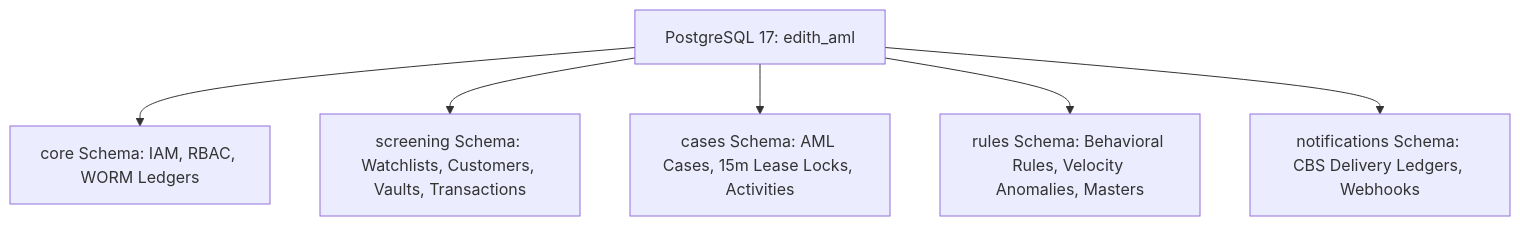
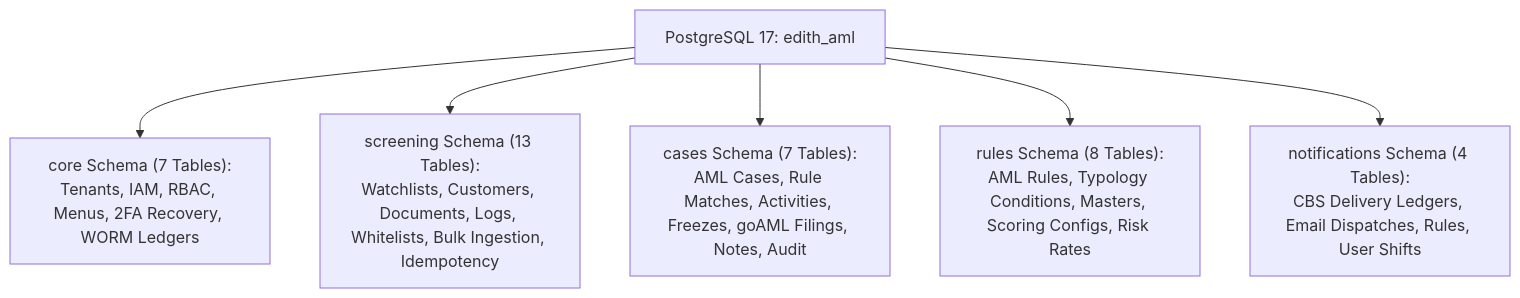
Before and after one commit to ju5tin8924/EDITH: the first of 3 diagrams in MD_DOC/03_Technical_Architecture_and_Database/database_v10.0.md, drawn with Mermaid. The commit also changed other lines of this file and 10 other files, not shown here.

````diff
--- a/MD_DOC/03_Technical_Architecture_and_Database/database_v10.0.md
+++ b/MD_DOC/03_Technical_Architecture_and_Database/database_v10.0.md
@@ -15,8 +15,8 @@
 ```mermaid
 flowchart TD
-    DB[PostgreSQL 17: edith_aml] --> Core[core Schema: IAM, RBAC, WORM Ledgers]
-    DB --> Screening[screening Schema: Watchlists, Customers, Vaults, Transactions]
-    DB --> Cases[cases Schema: AML Cases, 15m Lease Locks, Activities]
-    DB --> Rules[rules Schema: Behavioral Rules, Velocity Anomalies, Masters]
-    DB --> Notif[notifications Schema: CBS Delivery Ledgers, Webhooks]
+    DB[PostgreSQL 17: edith_aml] --> Core["core Schema (7 Tables):\nTenants, IAM, RBAC, Menus, 2FA Recovery, WORM Ledgers"]
+    DB --> Screening["screening Schema (13 Tables):\nWatchlists, Customers, Documents, Logs, Whitelists, Bulk Ingestion, Idempotency"]
+    DB --> Cases["cases Schema (7 Tables):\nAML Cases, Rule Matches, Activities, Freezes, goAML Filings, Notes, Audit"]
+    DB --> Rules["rules Schema (8 Tables):\nAML Rules, Typology Conditions, Masters, Scoring Configs, Risk Rates"]
+    DB --> Notif["notifications Schema (4 Tables):\nCBS Delivery Ledgers, Email Dispatches, Rules, User Shifts"]
 ```
````
